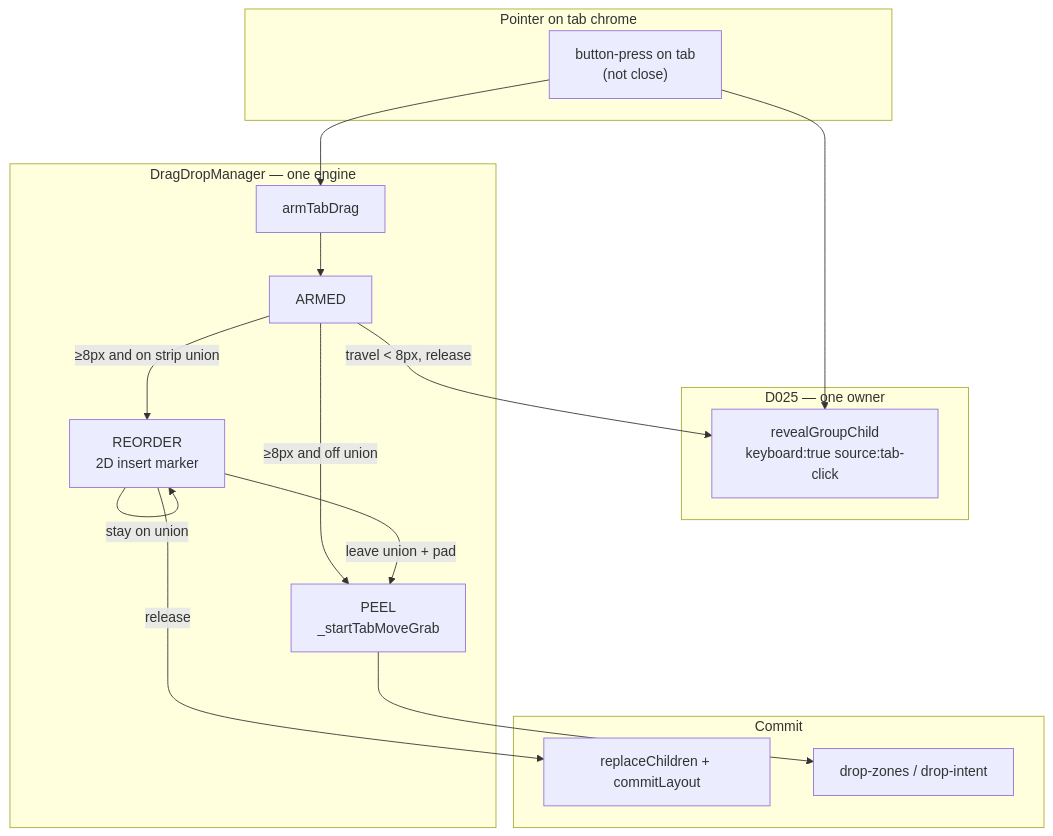
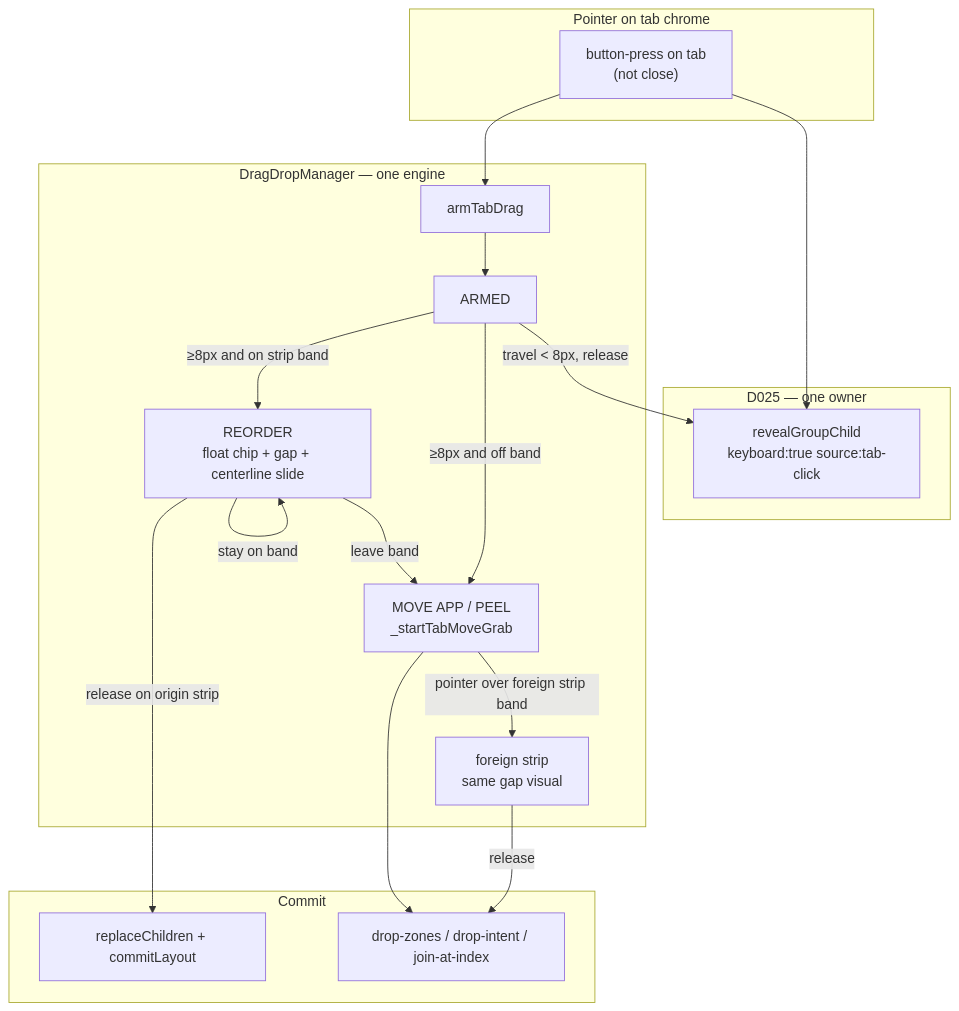
The first of 4 diagrams in agents/plans/forge-tab-click-drag.md (lukebmay/forge), drawn with Mermaid before and after one commit. The commit also changed other lines of this file and 18 other files, not shown here.

First line of the commit message:
feat(tabs): Chrome live strip reorder + readable-fill wrap (PR2–PR4)

````diff
--- a/agents/plans/forge-tab-click-drag.md
+++ b/agents/plans/forge-tab-click-drag.md
@@ -297,32 +403,35 @@
 ```mermaid
 flowchart TB
   subgraph input [Pointer on tab chrome]
     Press["button-press on tab\n(not close)"]
   end
 
   subgraph reveal [D025 — one owner]
     RGC["revealGroupChild\nkeyboard:true source:tab-click"]
   end
 
   subgraph gesture [DragDropManager — one engine]
     Arm["armTabDrag"]
     Armed["ARMED"]
-    Reorder["REORDER\n2D insert marker"]
-    Peel["PEEL\n_startTabMoveGrab"]
+    Reorder["REORDER\nfloat chip + gap + centerline slide"]
+    Peel["MOVE APP / PEEL\n_startTabMoveGrab"]
+    Foreign["foreign strip\nsame gap visual"]
   end
 
   subgraph commit [Commit]
     RC["replaceChildren + commitLayout"]
-    DZ["drop-zones / drop-intent"]
+    DZ["drop-zones / drop-intent / join-at-index"]
   end
 
   Press --> RGC
   Press --> Arm --> Armed
   Armed -->|"travel &lt; 8px, release"| RGC
-  Armed -->|"≥8px and on strip union"| Reorder
-  Armed -->|"≥8px and off union"| Peel
-  Reorder -->|"stay on union"| Reorder
-  Reorder -->|"leave union + pad"| Peel
-  Reorder -->|"release"| RC
+  Armed -->|"≥8px and on strip band"| Reorder
+  Armed -->|"≥8px and off band"| Peel
+  Reorder -->|"stay on band"| Reorder
+  Reorder -->|"leave band"| Peel
+  Reorder -->|"release on origin strip"| RC
+  Peel -->|"pointer over foreign strip band"| Foreign
+  Foreign -->|"release"| DZ
   Peel --> DZ
 ```
````
